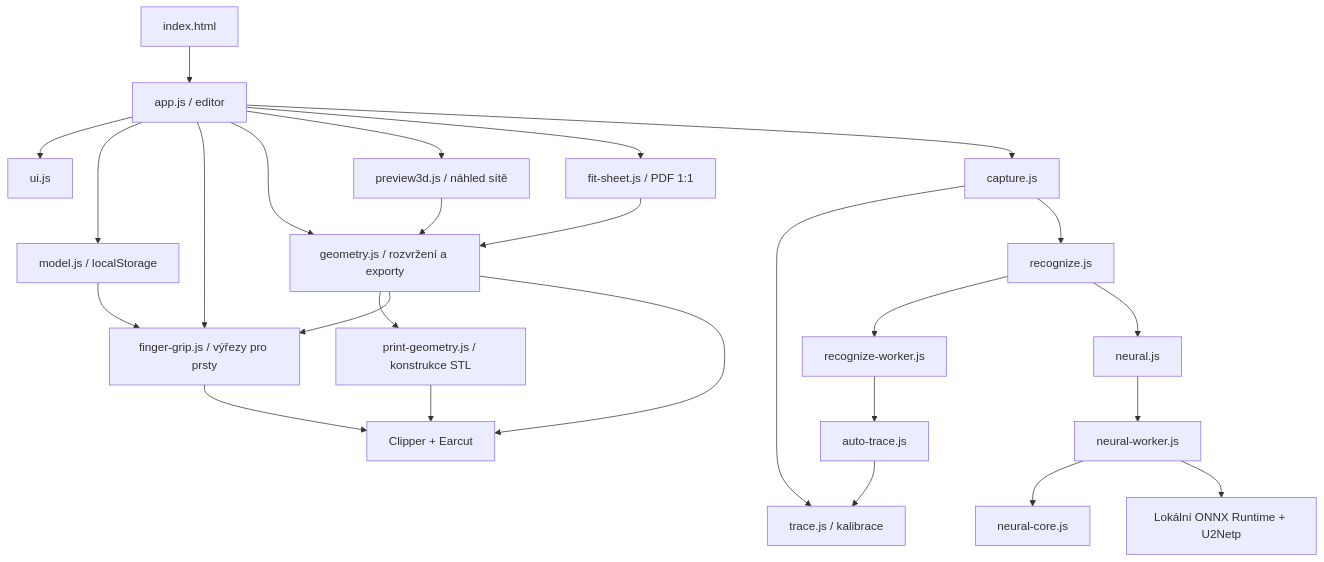
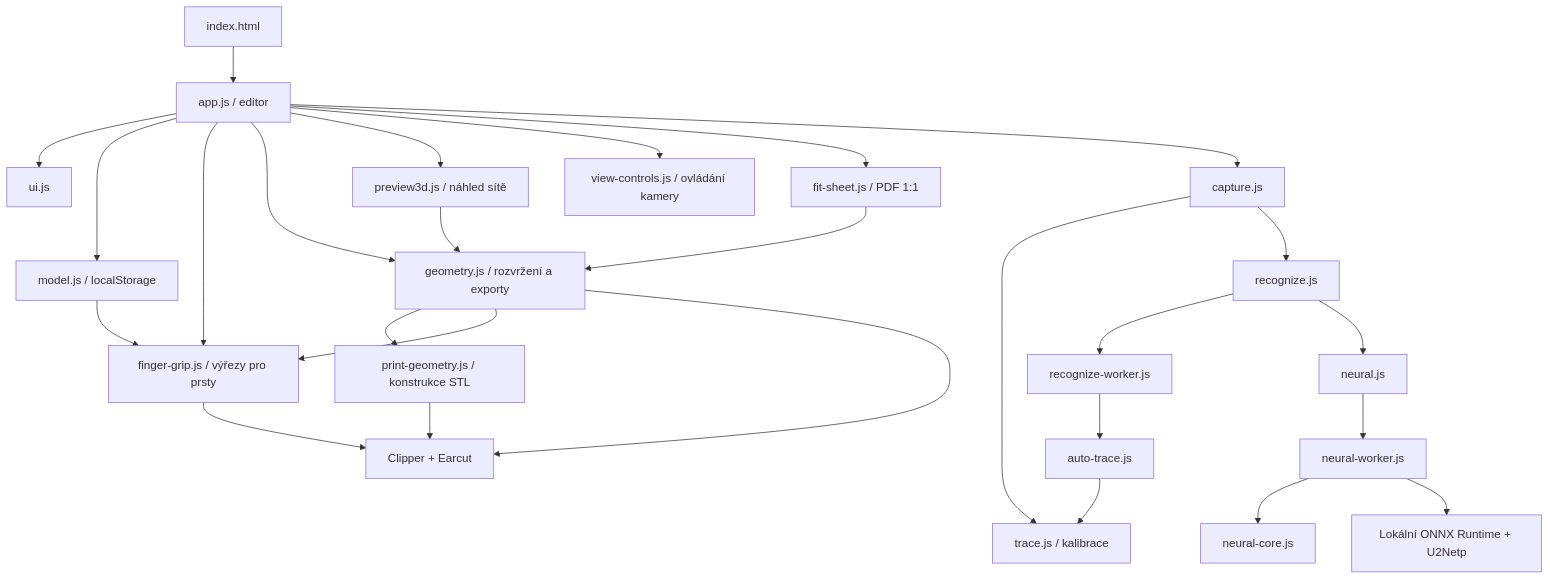
The diagram in ARCHITECTURE.md (jaroslavpatocka/InsertCreator), drawn with Mermaid before and after one commit. The commit also changed other lines of this file and 9 other files, not shown here.

````diff
--- a/ARCHITECTURE.md
+++ b/ARCHITECTURE.md
@@ -29,28 +30,29 @@
 ```mermaid
 flowchart TD
     HTML[index.html] --> APP[app.js / editor]
     APP --> UI[ui.js]
     APP --> MODEL[model.js / localStorage]
     APP --> GRIP[finger-grip.js / výřezy pro prsty]
     MODEL --> GRIP
     APP --> GEO[geometry.js / rozvržení a exporty]
     APP --> PREVIEW[preview3d.js / náhled sítě]
+    APP --> CONTROLS[view-controls.js / ovládání kamery]
     PREVIEW --> GEO
     APP --> PDF[fit-sheet.js / PDF 1:1]
     PDF --> GEO
     APP --> CAP[capture.js]
     CAP --> TRACE[trace.js / kalibrace]
     CAP --> REC[recognize.js]
     REC --> CLASS[recognize-worker.js]
     CLASS --> AUTO[auto-trace.js]
     AUTO --> TRACE
     REC --> NEURAL[neural.js]
     NEURAL --> NW[neural-worker.js]
     NW --> CORE[neural-core.js]
     NW --> ONNX[Lokální ONNX Runtime + U2Netp]
     GEO --> PRINT[print-geometry.js / konstrukce STL]
     GEO --> GRIP
     GEO --> VENDOR[Clipper + Earcut]
     PRINT --> VENDOR
     GRIP --> VENDOR
 ```
````
